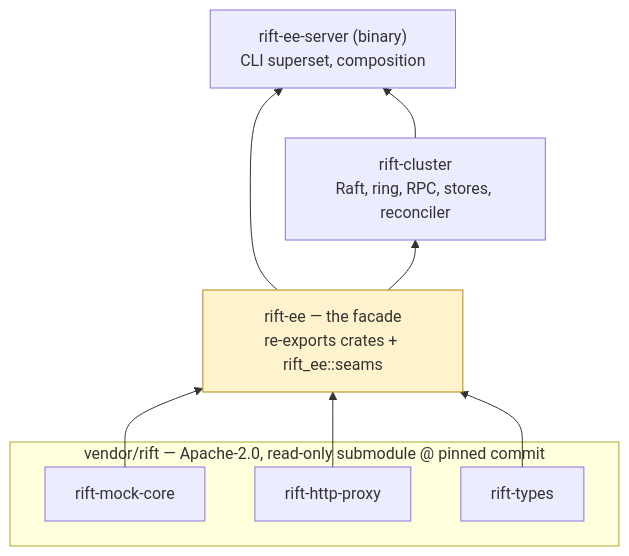
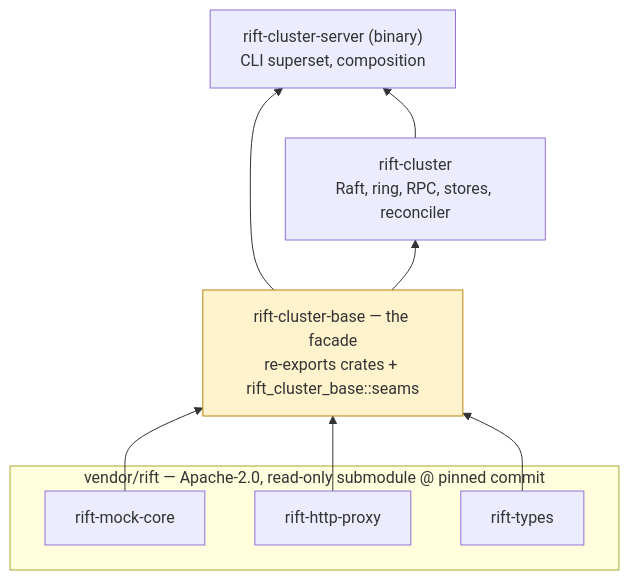
Before and after one commit to achird-labs/rift-cluster: the diagram in docs/architecture/11-open-core.md, drawn with Mermaid. The commit also changed other lines of this file and 123 other files, not shown here.

First line of the commit message:
chore: rename rift-enterprise to rift-cluster (#193)

````diff
--- a/docs/architecture/11-open-core.md
+++ b/docs/architecture/11-open-core.md
@@ -40,20 +40,20 @@
 ```mermaid
 flowchart BT
     subgraph vendored["vendor/rift — Apache-2.0, read-only submodule @ pinned commit"]
         MC[rift-mock-core]
         HP[rift-http-proxy]
         TY[rift-types]
     end
-    EE["rift-ee — the facade<br/>re-exports crates + rift_ee::seams"]
+    EE["rift-cluster-base — the facade<br/>re-exports crates + rift_cluster_base::seams"]
     CL["rift-cluster<br/>Raft, ring, RPC, stores, reconciler"]
-    SV["rift-ee-server (binary)<br/>CLI superset, composition"]
+    SV["rift-cluster-server (binary)<br/>CLI superset, composition"]
 
     MC --> EE
     HP --> EE
     TY --> EE
     EE --> CL
     EE --> SV
     CL --> SV
 
     style EE fill:#fff3cd,stroke:#b8860b
 ```
````
